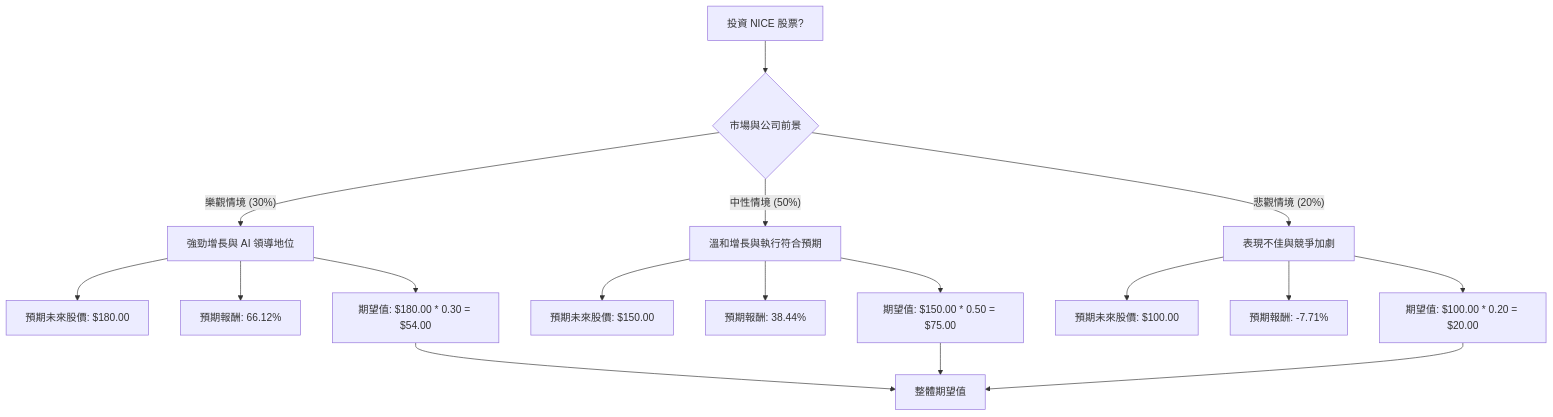
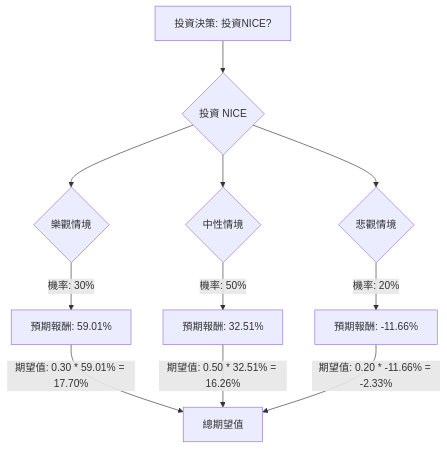
The diagram in plugin-react/ai-analysis/ev-analysis/NICE.md (zmcx16/zmcx16.github.io), drawn with Mermaid before and after one commit. The commit also changed other lines of this file and 78 other files, not shown here.

````diff
--- a/plugin-react/ai-analysis/ev-analysis/NICE.md
+++ b/plugin-react/ai-analysis/ev-analysis/NICE.md
@@ -14,21 +39,17 @@
 ```mermaid
 graph TD
-    A[投資 NICE 股票?] --> B{市場與公司前景}
+    A[投資決策: 投資NICE?] --> B{投資 NICE}
+    B --> C{樂觀情境}
+    C -- 機率: 30% --> C1[預期報酬: 59.01%]
+    C1 -- 期望值: 0.30 * 59.01% = 17.70% --> D[總期望值]
 
-    B -- 樂觀情境 (30%) --> C[強勁增長與 AI 領導地位]
-    C --> C1[預期未來股價: $180.00]
-    C --> C2[預期報酬: 66.12%]
-    C --> C3[期望值: $180.00 * 0.30 = $54.00]
+    B --> E{中性情境}
+    E -- 機率: 50% --> E1[預期報酬: 32.51%]
+    E1 -- 期望值: 0.50 * 32.51% = 16.26% --> D
 
-    B -- 中性情境 (50%) --> D[溫和增長與執行符合預期]
-    D --> D1[預期未來股價: $150.00]
-    D --> D2[預期報酬: 38.44%]
-    D --> D3[期望值: $150.00 * 0.50 = $75.00]
+    B --> F{悲觀情境}
+    F -- 機率: 20% --> F1[預期報酬: -11.66%]
+    F1 -- 期望值: 0.20 * -11.66% = -2.33% --> D
 
-    B -- 悲觀情境 (20%) --> E[表現不佳與競爭加劇]
-    E --> E1[預期未來股價: $100.00]
-    E --> E2[預期報酬: -7.71%]
-    E --> E3[期望值: $100.00 * 0.20 = $20.00]
-
-    C3 & D3 & E3 --> F[整體期望值]
+    D[總期望值]
 ```
````
